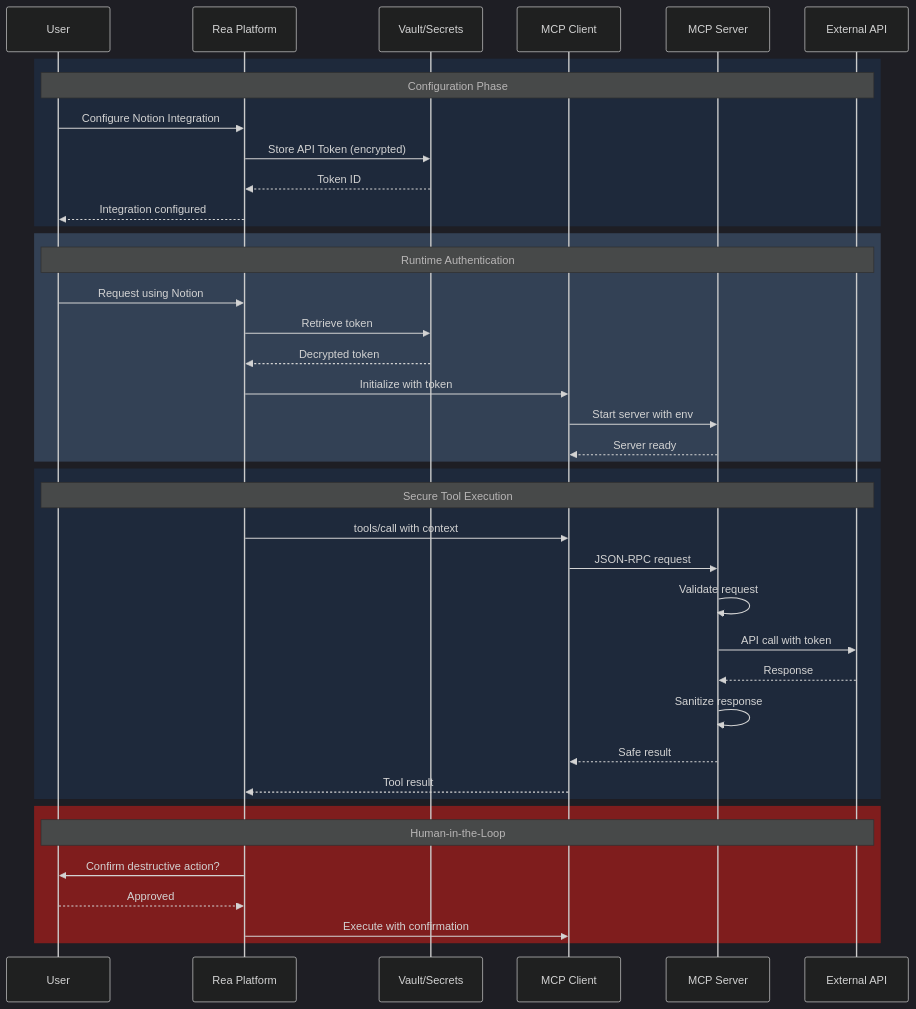
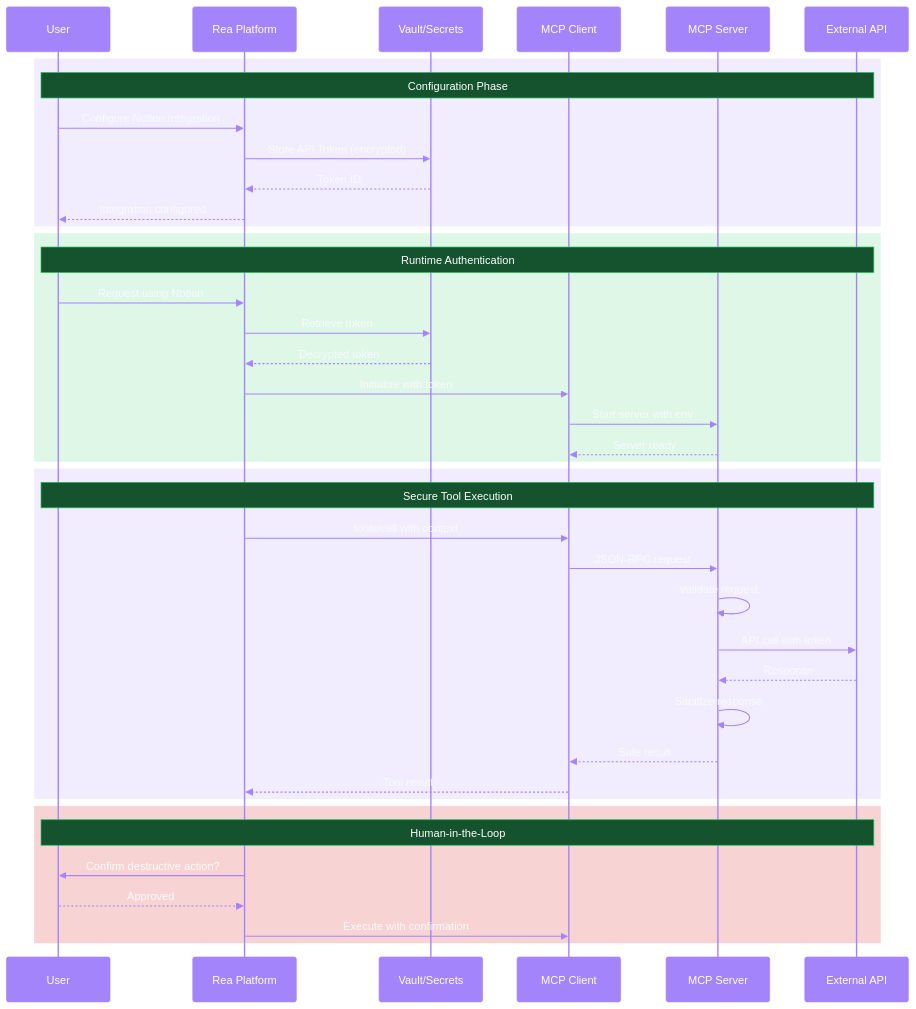
One commit to rmonsurate/rea-mcp-docs changed the diagram in docs/assets/diagrams/security-flow.mmd. Above: the diagram before and after it, drawn with Mermaid. The commit also changed 24 other files, not shown here.

Commit message:
Update diagrams with Rea brand colors, add lightbox, improve resolution

```diff
--- a/docs/assets/diagrams/security-flow.mmd
+++ b/docs/assets/diagrams/security-flow.mmd
@@ -1,45 +1,45 @@
-%%{init: {'theme': 'dark', 'themeVariables': { 'primaryColor': '#6366f1', 'primaryTextColor': '#fff', 'primaryBorderColor': '#818cf8', 'lineColor': '#94a3b8', 'secondaryColor': '#1e293b', 'tertiaryColor': '#334155'}}}%%
+%%{init: {'theme': 'base', 'themeVariables': { 'primaryColor': '#a484fb', 'primaryTextColor': '#ffffff', 'primaryBorderColor': '#a484fb', 'secondaryColor': '#22c55a', 'lineColor': '#a484fb', 'textColor': '#f8fafc', 'actorBkg': '#a484fb', 'actorBorder': '#a484fb', 'actorTextColor': '#ffffff', 'actorLineColor': '#a484fb', 'signalColor': '#a484fb', 'signalTextColor': '#f8fafc', 'labelBoxBkgColor': '#0f172a', 'labelBoxBorderColor': '#a484fb', 'labelTextColor': '#f8fafc', 'loopTextColor': '#f8fafc', 'noteBorderColor': '#22c55a', 'noteBkgColor': '#14532d', 'noteTextColor': '#ffffff', 'activationBorderColor': '#a484fb', 'activationBkgColor': '#1e293b', 'sequenceNumberColor': '#ffffff'}}}%%
 sequenceDiagram
     participant U as User
     participant R as Rea Platform
     participant V as Vault/Secrets
     participant M as MCP Client
     participant S as MCP Server
     participant A as External API
 
-    rect rgb(30, 41, 59)
+    rect rgba(164, 132, 251, 0.15)
         Note over U,A: Configuration Phase
         U->>R: Configure Notion Integration
         R->>V: Store API Token (encrypted)
         V-->>R: Token ID
         R-->>U: Integration configured
     end
 
-    rect rgb(51, 65, 85)
+    rect rgba(34, 197, 94, 0.15)
         Note over U,A: Runtime Authentication
         U->>R: Request using Notion
         R->>V: Retrieve token
         V-->>R: Decrypted token
         R->>M: Initialize with token
         M->>S: Start server with env
         S-->>M: Server ready
     end
 
-    rect rgb(30, 41, 59)
+    rect rgba(164, 132, 251, 0.15)
         Note over U,A: Secure Tool Execution
         R->>M: tools/call with context
         M->>S: JSON-RPC request
         S->>S: Validate request
         S->>A: API call with token
         A-->>S: Response
         S->>S: Sanitize response
         S-->>M: Safe result
         M-->>R: Tool result
     end
 
-    rect rgb(127, 29, 29)
+    rect rgba(220, 38, 38, 0.2)
         Note over U,A: Human-in-the-Loop
         R->>U: Confirm destructive action?
         U-->>R: Approved
         R->>M: Execute with confirmation
     end
```
